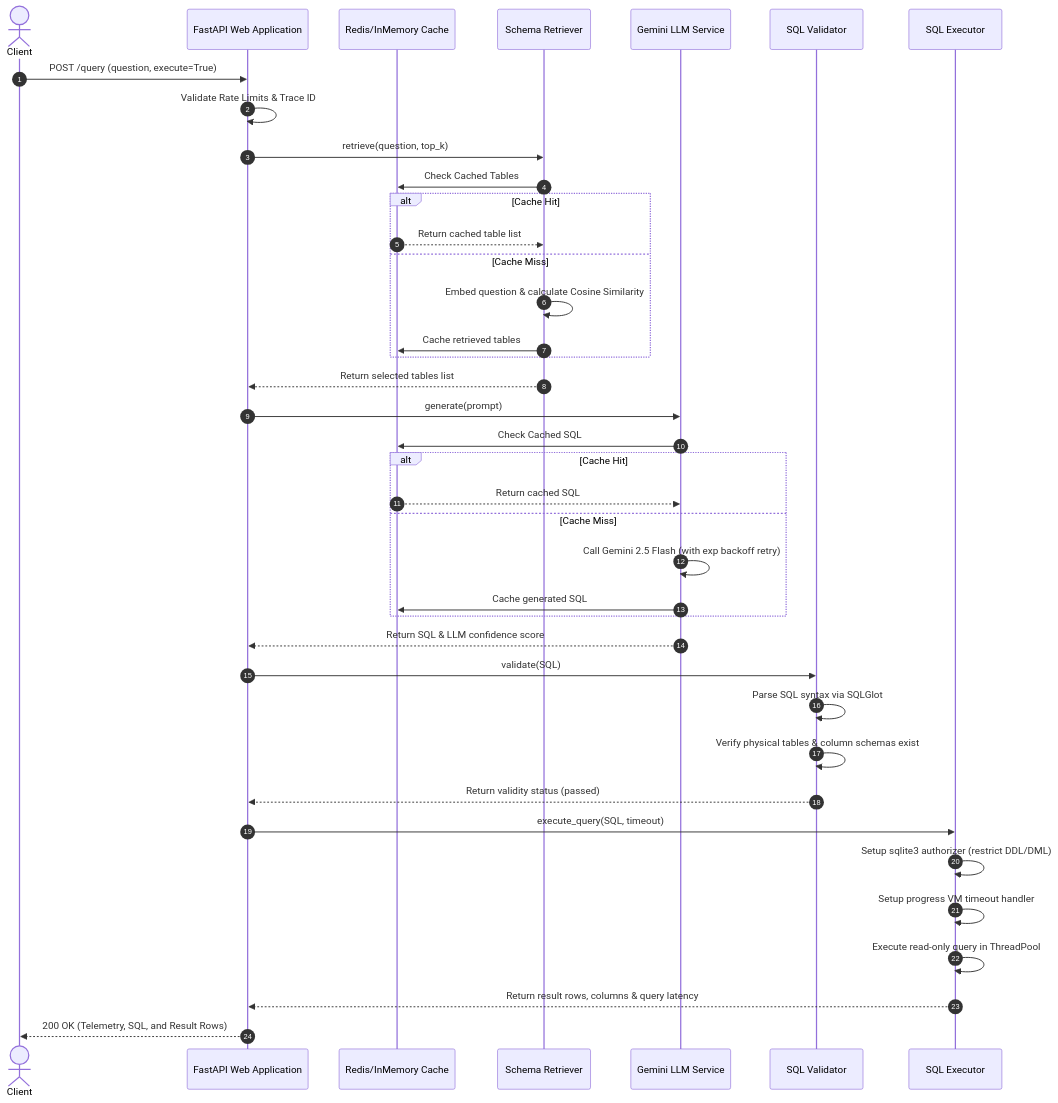
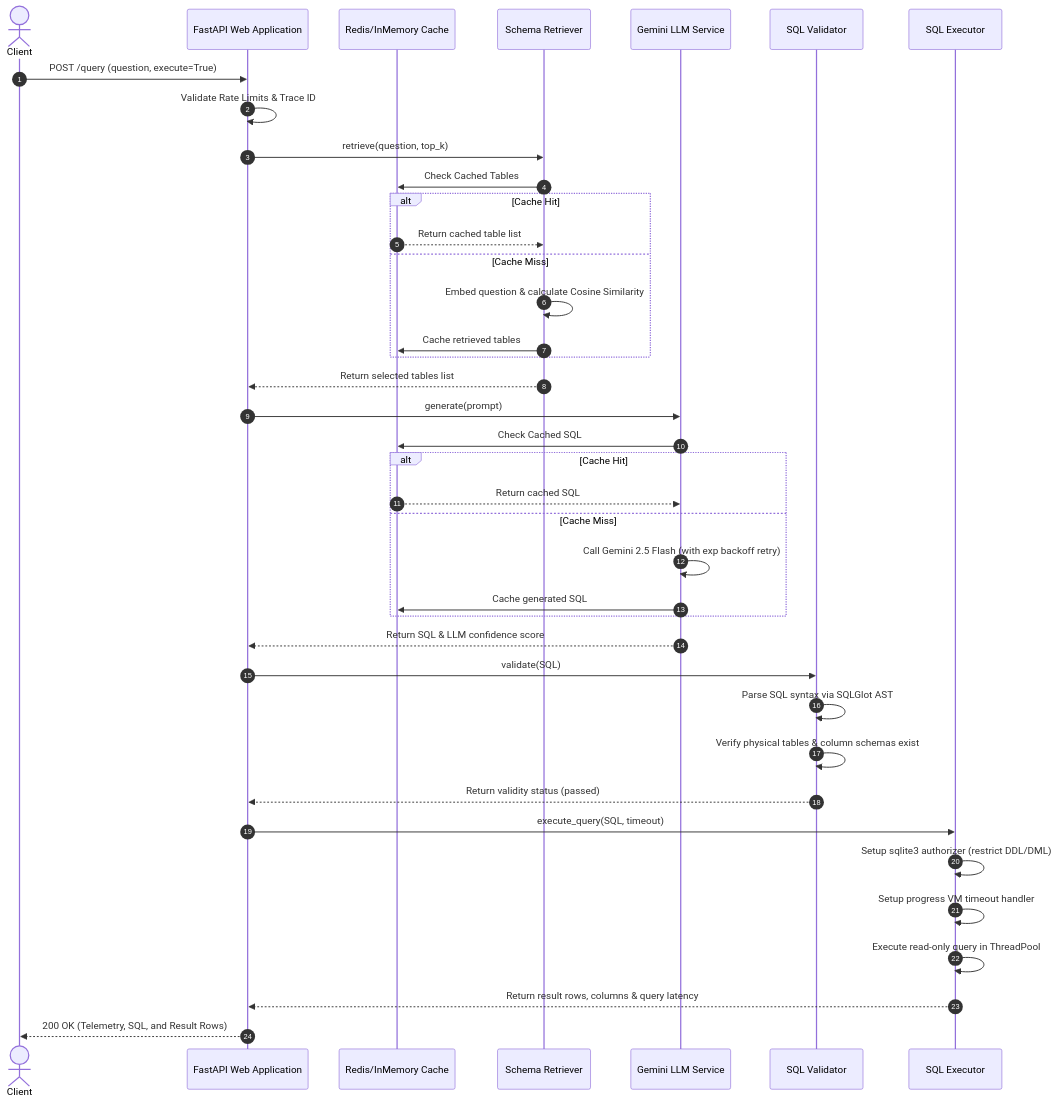
One commit to maniktyagi04/txt-to-sql changed the second of 2 diagrams in README.md. Above: the diagram before and after it, drawn with Mermaid. The commit also changed other lines of this file, not shown here.

````diff
--- a/README.md
+++ b/README.md
@@ -48,47 +47,47 @@
 ```mermaid
 sequenceDiagram
     autonumber
     actor Client
     participant App as FastAPI Web Application
     participant Cache as Redis/InMemory Cache
     participant Retriever as Schema Retriever
     participant LLM as Gemini LLM Service
     participant Validator as SQL Validator
     participant Executor as SQL Executor
 
     Client->>App: POST /query (question, execute=True)
     App->>App: Validate Rate Limits & Trace ID
     
     App->>Retriever: retrieve(question, top_k)
     Retriever->>Cache: Check Cached Tables
     alt Cache Hit
         Cache-->>Retriever: Return cached table list
     else Cache Miss
         Retriever->>Retriever: Embed question & calculate Cosine Similarity
         Retriever->>Cache: Cache retrieved tables
     end
     Retriever-->>App: Return selected tables list
 
     App->>LLM: generate(prompt)
     LLM->>Cache: Check Cached SQL
     alt Cache Hit
         Cache-->>LLM: Return cached SQL
     else Cache Miss
         LLM->>LLM: Call Gemini 2.5 Flash (with exp backoff retry)
         LLM->>Cache: Cache generated SQL
     end
     LLM-->>App: Return SQL & LLM confidence score
 
     App->>Validator: validate(SQL)
-    Validator->>Validator: Parse SQL syntax via SQLGlot
+    Validator->>Validator: Parse SQL syntax via SQLGlot AST
     Validator->>Validator: Verify physical tables & column schemas exist
     Validator-->>App: Return validity status (passed)
 
     App->>Executor: execute_query(SQL, timeout)
     Executor->>Executor: Setup sqlite3 authorizer (restrict DDL/DML)
     Executor->>Executor: Setup progress VM timeout handler
     Executor->>Executor: Execute read-only query in ThreadPool
     Executor-->>App: Return result rows, columns & query latency
     
     App-->>Client: 200 OK (Telemetry, SQL, and Result Rows)
 ```
````
